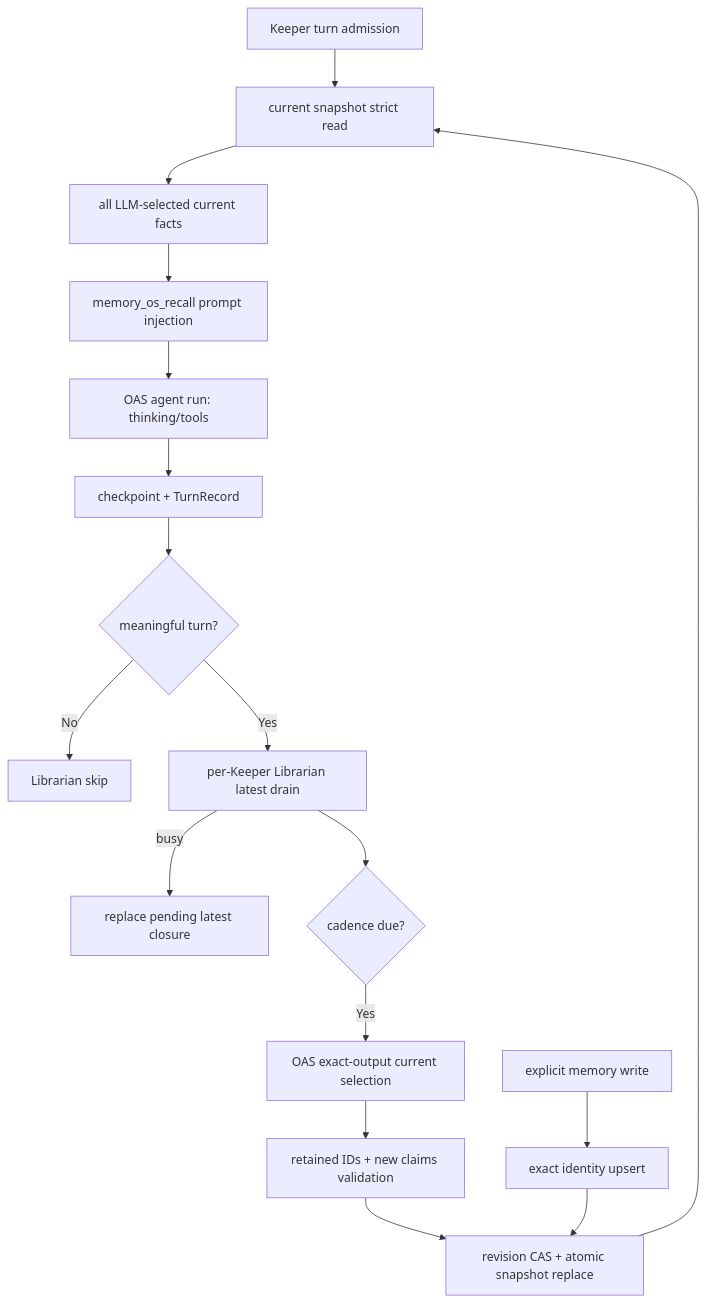
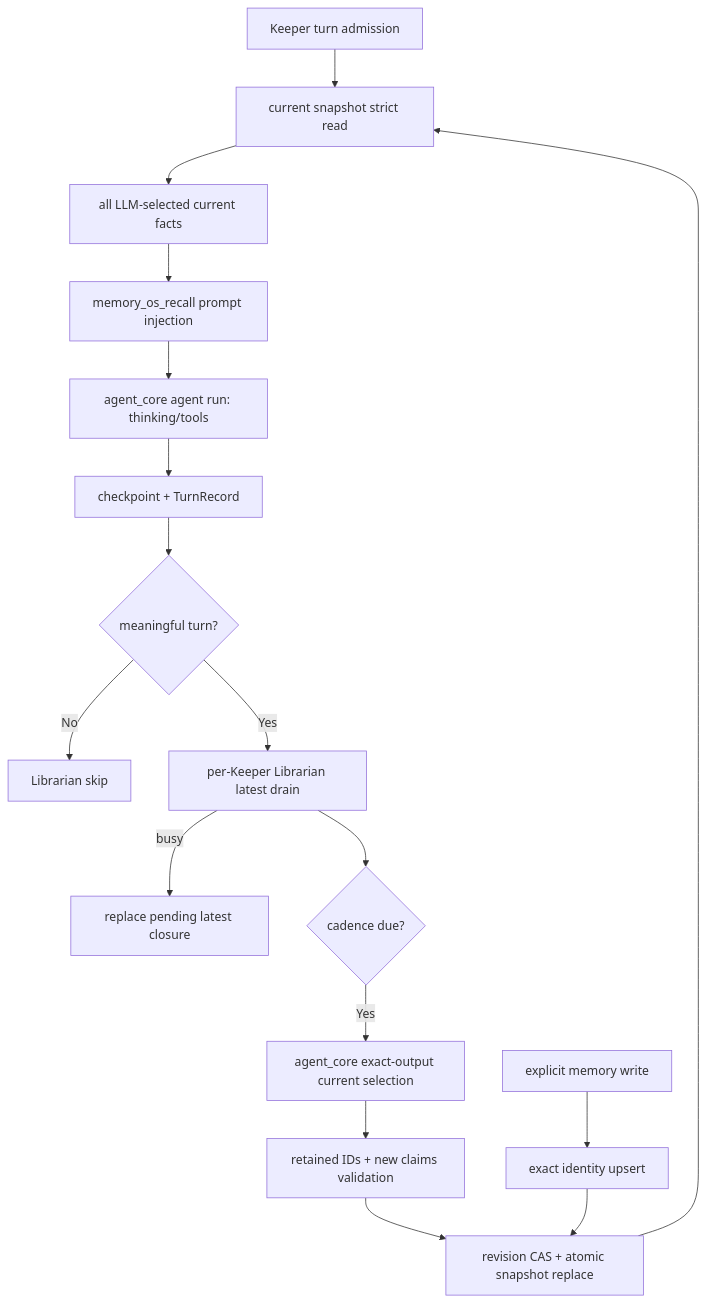
Before and after one commit to jeong-sik/masc: the diagram in reports/MASC-LIBRARIAN-MEMORY-OS-ADVERSARIAL-AUDIT-2026-07-30.md, drawn with Mermaid. The commit also changed other lines of this file and 14 other files, not shown here.

````diff
--- a/reports/MASC-LIBRARIAN-MEMORY-OS-ADVERSARIAL-AUDIT-2026-07-30.md
+++ b/reports/MASC-LIBRARIAN-MEMORY-OS-ADVERSARIAL-AUDIT-2026-07-30.md
@@ -344,20 +344,20 @@
 ```mermaid
 flowchart TD
     A[Keeper turn admission] --> B[current snapshot strict read]
     B --> C[all LLM-selected current facts]
     C --> D[memory_os_recall prompt injection]
-    D --> E[OAS agent run: thinking/tools]
+    D --> E[agent_core agent run: thinking/tools]
     E --> F[checkpoint + TurnRecord]
     F --> G{meaningful turn?}
     G -->|No| H[Librarian skip]
     G -->|Yes| I[per-Keeper Librarian latest drain]
     I -->|busy| J[replace pending latest closure]
     I --> K{cadence due?}
-    K -->|Yes| L[OAS exact-output current selection]
+    K -->|Yes| L[agent_core exact-output current selection]
     L --> M[retained IDs + new claims validation]
     M --> N[revision CAS + atomic snapshot replace]
     N --> B
 
     Q[explicit memory write] --> R[exact identity upsert]
     R --> N
 ```
````
